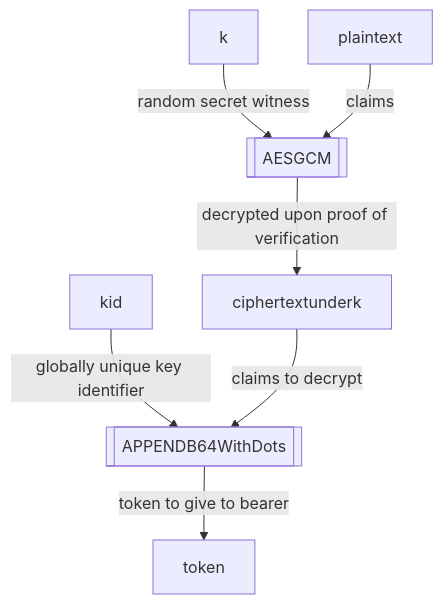
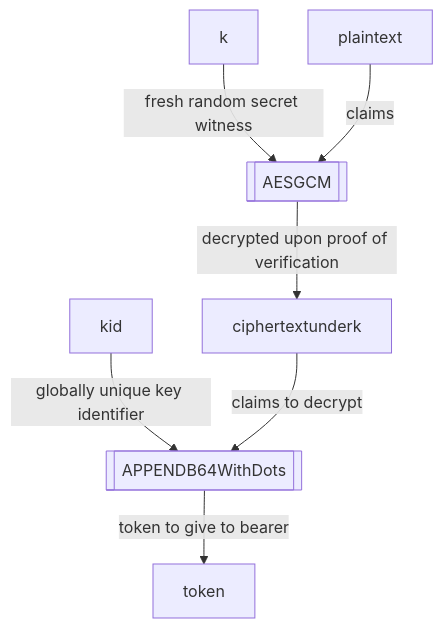
One commit to rfielding/whiskeyTango changed the second of 2 diagrams in README.md. Above: the diagram before and after it, drawn with Mermaid.

Commit message:
update diagram

````diff
--- a/README.md
+++ b/README.md
@@ -94,11 +94,11 @@
 ```mermaid
 flowchart TB
   AESGCM[[AESGCM]]
   APPENDB64WithDots[[APPENDB64WithDots]]
-  k-- random secret witness -->AESGCM
+  k-- fresh random secret witness -->AESGCM
   plaintext-- claims -->AESGCM
   AESGCM-- decrypted upon proof of verification -->ciphertextunderk
   kid-- globally unique key identifier -->APPENDB64WithDots
   ciphertextunderk-- claims to decrypt -->APPENDB64WithDots
   APPENDB64WithDots-- token to give to bearer -->token
 ```
````
